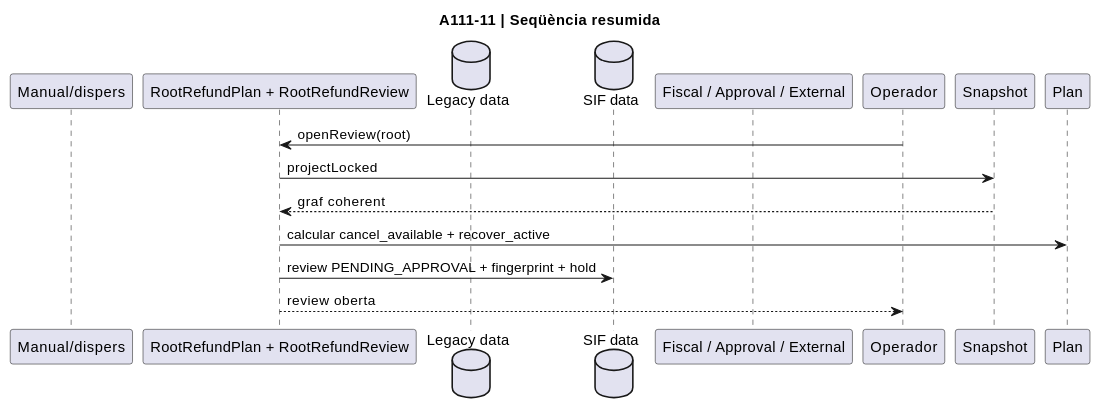
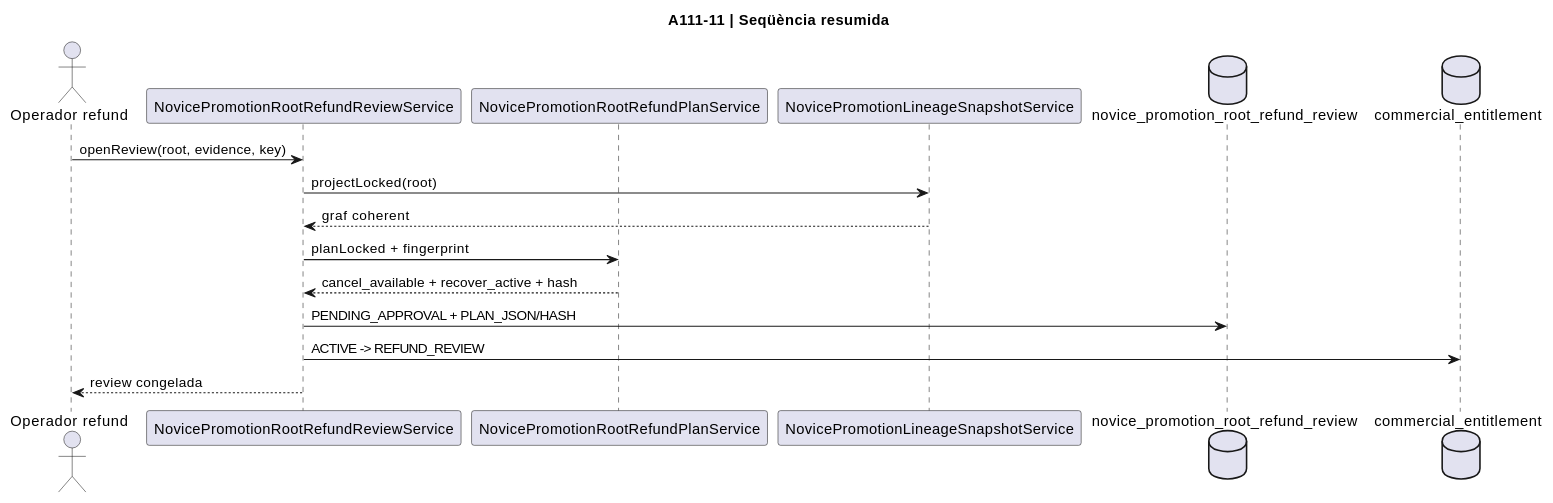
Before and after one commit to orgmeriemprismacat-del/verifactu: diagram 43 of 48 in documentacio/07-uml-integrat/uc-111-diagrames-per-accio.md, drawn with PlantUML. The commit also changed other lines of this file, not shown here.

Commit message:
docs UC-111 per-action UML: declare actors/interfaces explicitly and replace generic transfer/refund participants with exact services

````diff
--- a/documentacio/07-uml-integrat/uc-111-diagrames-per-accio.md
+++ b/documentacio/07-uml-integrat/uc-111-diagrames-per-accio.md
@@ -830,16 +864,19 @@
 ```plantuml
 @startuml
 title A111-11 | Seqüència resumida
-participant "Manual/dispers" as Legacy
-participant "RootRefundPlan + RootRefundReview" as Final
-database "Legacy data" as LegacyDB
-database "SIF data" as SIFDB
-participant "Fiscal / Approval / External" as Fiscal
-Operador -> Final : openReview(root)
-Final -> Snapshot : projectLocked
-Snapshot --> Final : graf coherent
-Final -> Plan : calcular cancel_available + recover_active
-Final -> SIFDB : review PENDING_APPROVAL + fingerprint + hold
-Final --> Operador : review oberta
+actor "Operador refund" as Operador
+participant NovicePromotionRootRefundReviewService as Review
+participant NovicePromotionRootRefundPlanService as Plan
+participant NovicePromotionLineageSnapshotService as Snapshot
+database novice_promotion_root_refund_review as ReviewDB
+database commercial_entitlement as Root
+Operador -> Review : openReview(root, evidence, key)
+Review -> Snapshot : projectLocked(root)
+Snapshot --> Review : graf coherent
+Review -> Plan : planLocked + fingerprint
+Plan --> Review : cancel_available + recover_active + hash
+Review -> ReviewDB : PENDING_APPROVAL + PLAN_JSON/HASH
+Review -> Root : ACTIVE -> REFUND_REVIEW
+Review --> Operador : review congelada
 @enduml
 ```
````
